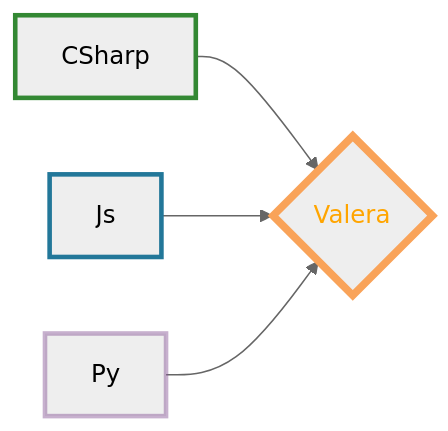
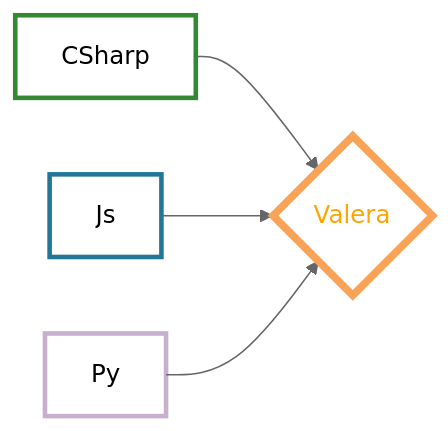
Before and after one commit to ValeraBro/ValeraBro: the diagram in README.md, drawn with Mermaid (neutral theme).

````diff
--- a/README.md
+++ b/README.md
@@ -44,12 +44,12 @@
 ```mermaid
 graph LR 
 CSharp -->B{Valera } 
 Js -->B{Valera }
 Py -->B{Valera }
 
-style CSharp fill:smokewhite,stroke:#383,stroke-width:3px,color:black
-style Js fill:smokewhite,stroke:#279,stroke-width:3px,color:black
-style Py fill:smokewhite,stroke:#86549575,stroke-width:3px,color:black
-style B fill:smokewhite,stroke:#F9A359,stroke-width:5px,color:Orange
+style CSharp fill:white,stroke:#383,stroke-width:3px,color:black
+style Js fill:white,stroke:#279,stroke-width:3px,color:black
+style Py fill:white,stroke:#86549575,stroke-width:3px,color:black
+style B fill:white,stroke:#F9A359,stroke-width:5px,color:Orange
 
 ```
````
